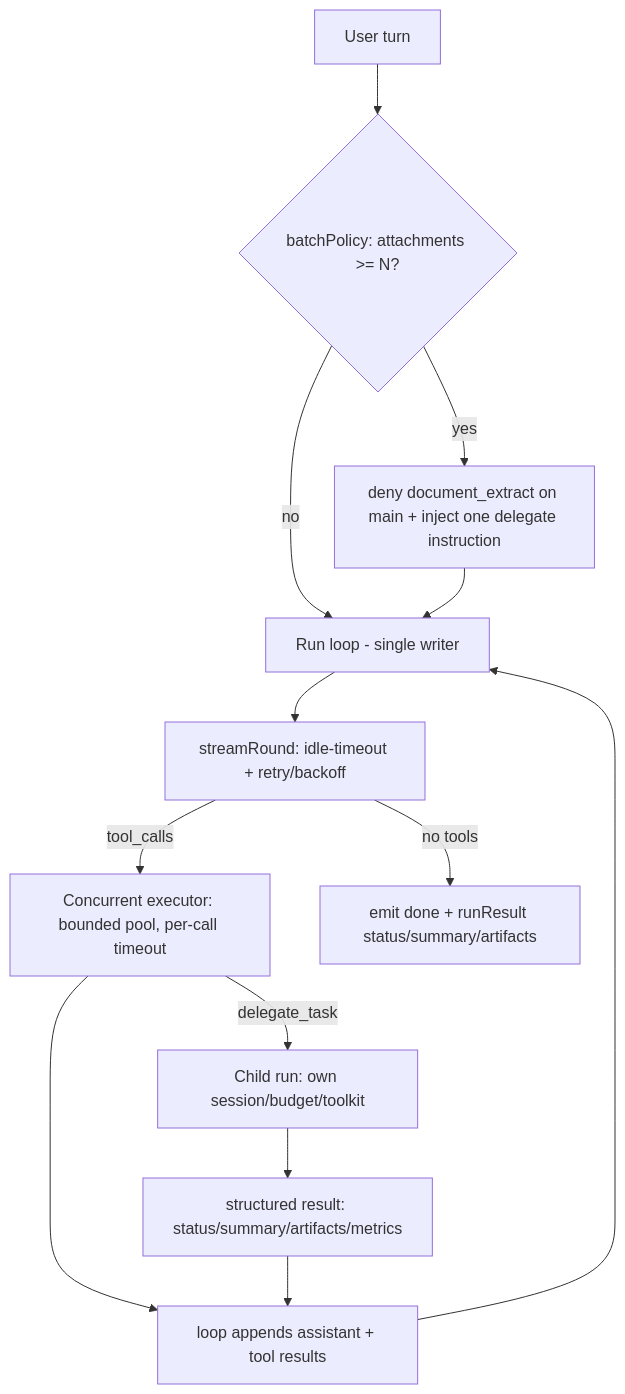
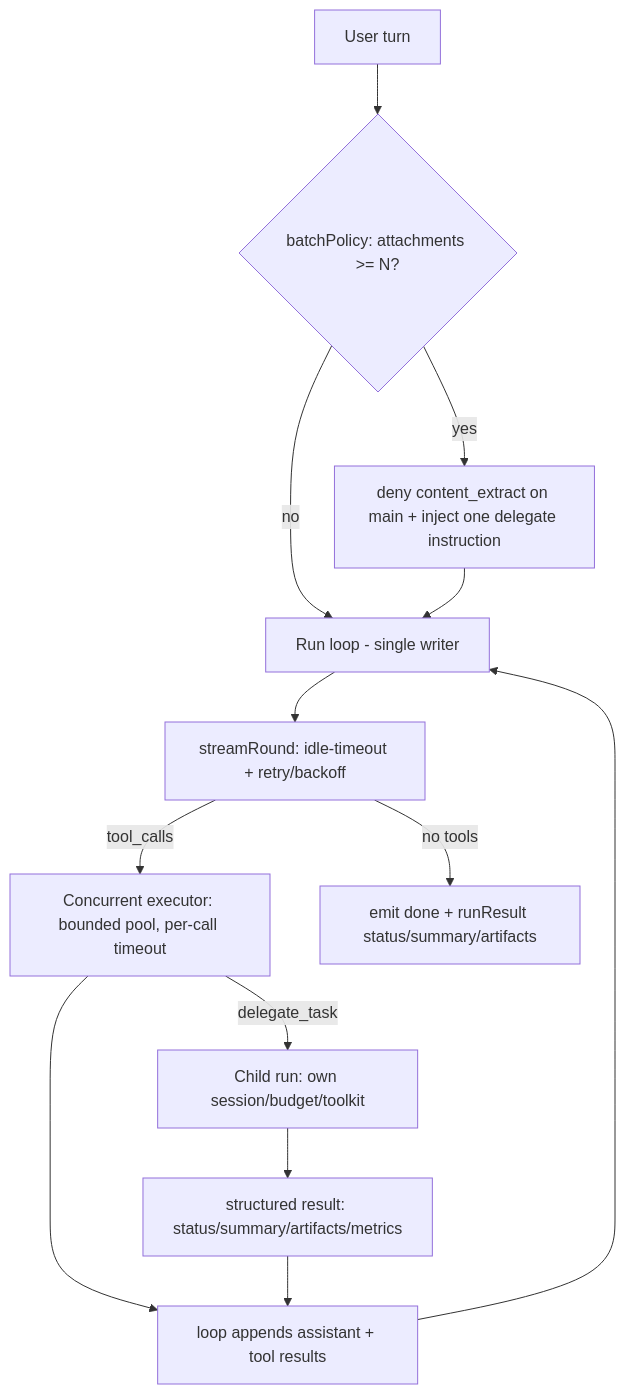
One commit to OptLTD/swiflow-app changed the diagram in docs/SOFT_ASYNC_AND_DELEGATION.md. Above: the diagram before and after it, drawn with Mermaid. The commit also changed other lines of this file and 34 other files, not shown here.

````diff
--- a/docs/SOFT_ASYNC_AND_DELEGATION.md
+++ b/docs/SOFT_ASYNC_AND_DELEGATION.md
@@ -35,14 +35,14 @@
 ```mermaid
 flowchart TD
   Start[User turn] --> Policy{batchPolicy: attachments >= N?}
-  Policy -->|yes| Gate[deny document_extract on main + inject one delegate instruction]
+  Policy -->|yes| Gate[deny content_extract on main + inject one delegate instruction]
   Policy -->|no| Loop
   Gate --> Loop[Run loop - single writer]
   Loop --> LLM[streamRound: idle-timeout + retry/backoff]
   LLM -->|tool_calls| Exec[Concurrent executor: bounded pool, per-call timeout]
   Exec --> Append[loop appends assistant + tool results]
   Append --> Loop
   LLM -->|no tools| Done[emit done + runResult status/summary/artifacts]
   Exec -->|delegate_task| Child[Child run: own session/budget/toolkit]
   Child --> Struct[structured result: status/summary/artifacts/metrics] --> Append
 ```
````
